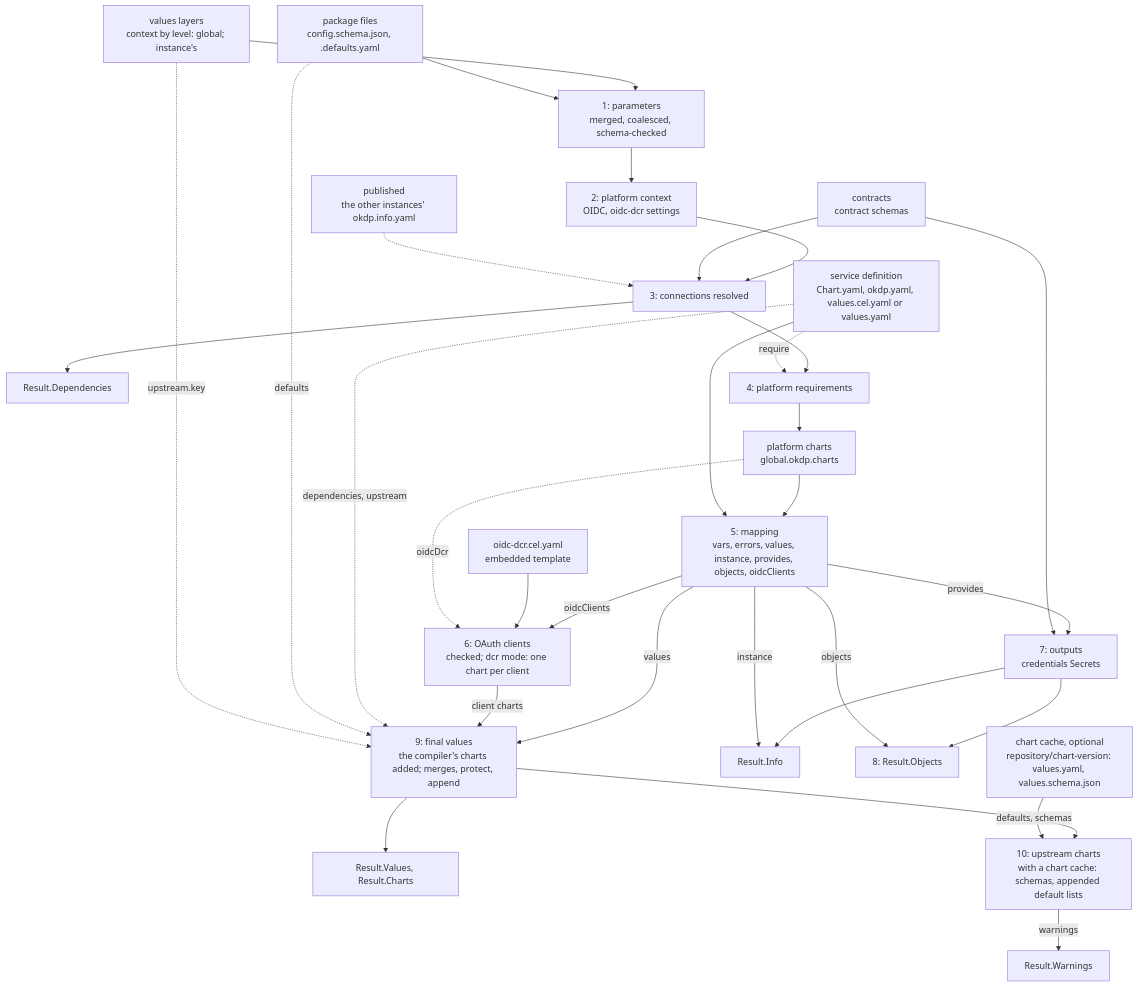
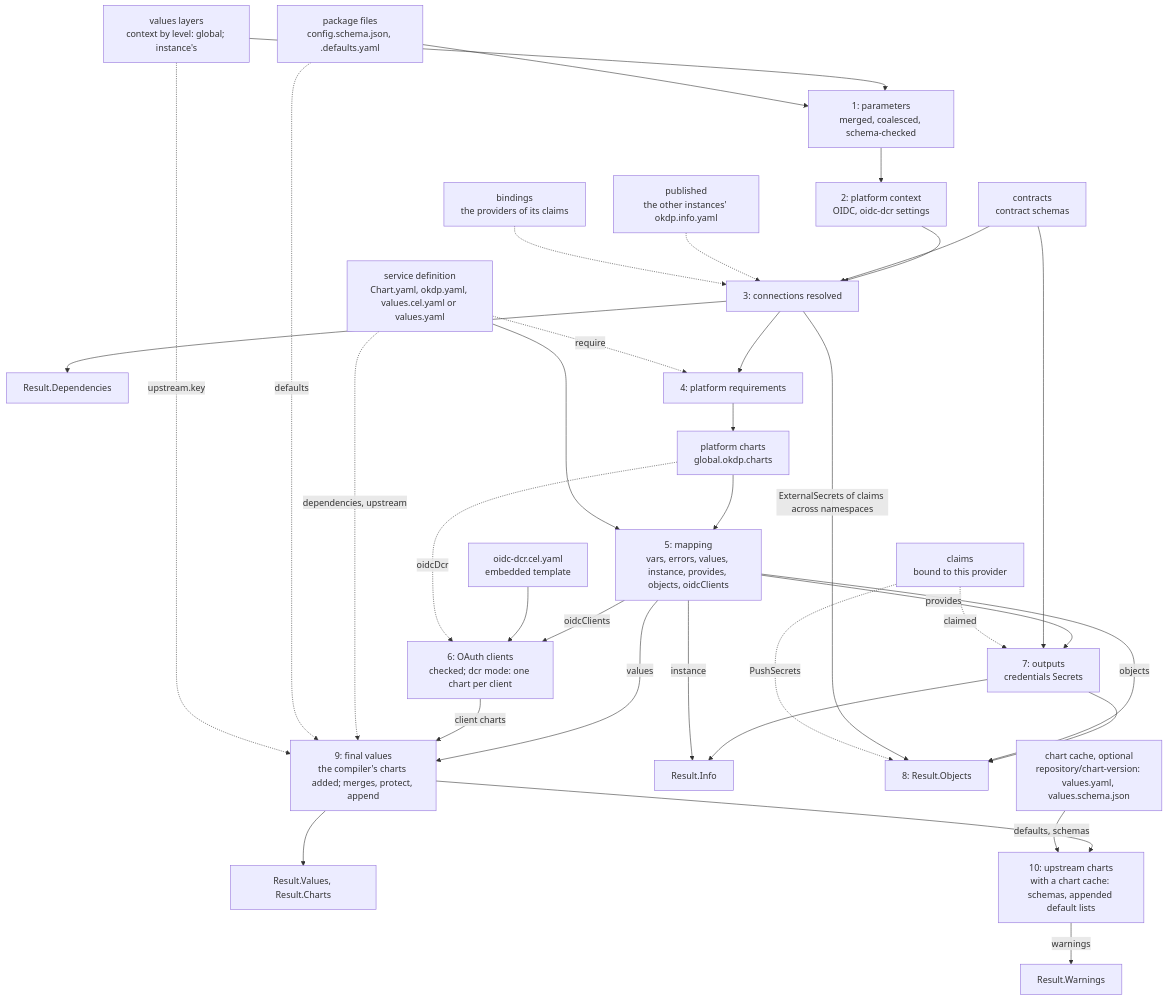
One commit to OKDP/okdp-compiler changed the diagram in docs/00_architecture.md. Above: the diagram before and after it, drawn with Mermaid. The commit also changed other lines of this file and 66 other files, not shown here.

Commit message:
feat: claims, a provider provisions the connections the instances claim, by class

````diff
--- a/docs/00_architecture.md
+++ b/docs/00_architecture.md
@@ -59,41 +59,47 @@
 ```mermaid
 flowchart TD
   def["service definition<br/>Chart.yaml, okdp.yaml, values.cel.yaml or values.yaml"]
   pkg["package files<br/>config.schema.json, <key>.defaults.yaml"]
   layers["values layers<br/>context by level: global; instance's"]
   contracts["contracts<br/>contract schemas"]
   published["published<br/>the other instances' okdp.info.yaml"]
+  bindings["bindings<br/>the providers of its claims"]
+  claims["claims<br/>bound to this provider"]
   cache["chart cache, optional<br/>repository/chart-version: values.yaml, values.schema.json"]
   tmpl["oidc-dcr.cel.yaml<br/>embedded template"]
 
   layers --> s1["1: parameters<br/>merged, coalesced, schema-checked"]
   pkg --> s1
   s1 --> s2["2: platform context<br/>OIDC, oidc-dcr settings"]
   s2 --> s3["3: connections resolved"]
   contracts --> s3
   published -.-> s3
+  bindings -.-> s3
   s3 --> deps["Result.Dependencies"]
   s3 --> s4["4: platform requirements"]
   def -. "require" .-> s4
   s4 --> pc["platform charts<br/>global.okdp.charts"]
   pc --> s5["5: mapping<br/>vars, errors, values, instance, provides, objects, oidcClients"]
   def --> s5
   s5 -- oidcClients --> s6["6: OAuth clients<br/>checked; dcr mode: one chart per client"]
   tmpl --> s6
   pc -. oidcDcr .-> s6
   s5 -- provides --> s7["7: outputs<br/>credentials Secrets"]
   contracts --> s7
+  claims -. "claimed" .-> s7
   s7 --> inst["Result.Info"]
   s5 -- instance --> inst
   s7 --> s8["8: Result.Objects"]
   s5 -- objects --> s8
+  s3 -- "ExternalSecrets of claims across namespaces" --> s8
+  claims -. "PushSecrets" .-> s8
   s5 -- values --> s9["9: final values<br/>the compiler's charts added; merges, protect, append"]
   s6 -- "client charts" --> s9
   def -. "dependencies, upstream" .-> s9
   pkg -. defaults .-> s9
   layers -. "upstream.key" .-> s9
   s9 --> vals["Result.Values, Result.Charts"]
   s9 --> s10["10: upstream charts<br/>with a chart cache: schemas, appended default lists"]
   cache -- "defaults, schemas" --> s10
   s10 -- warnings --> warn["Result.Warnings"]
 ```
````
